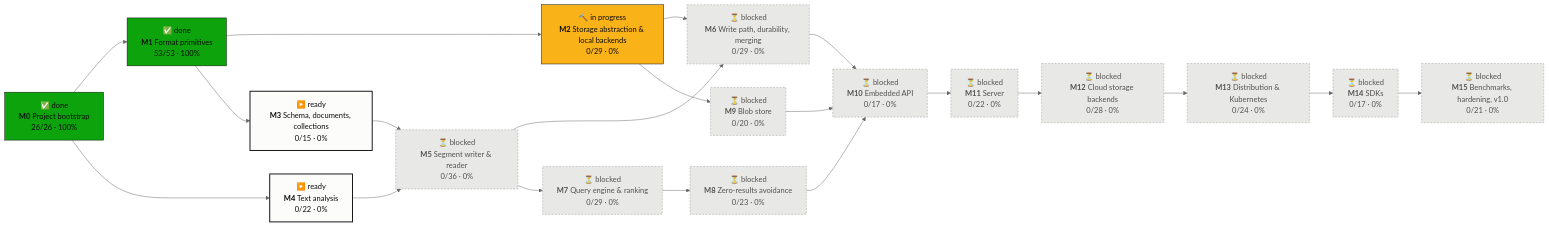
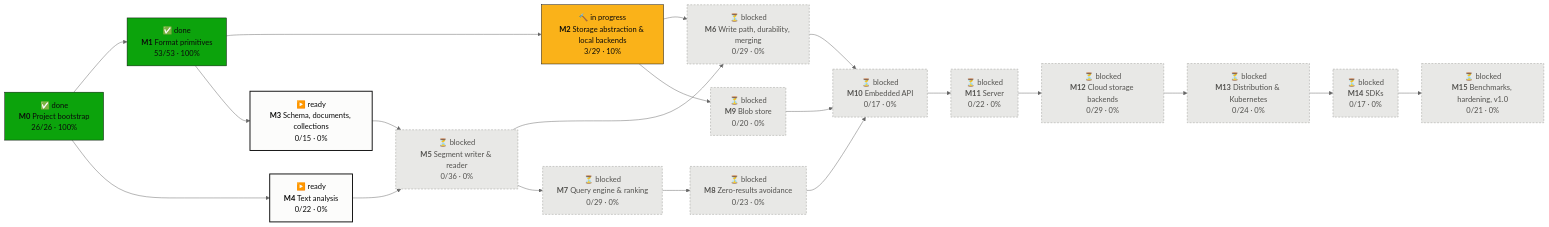
Before and after one commit to tomiok/persiaDB: the first of 2 diagrams in PROGRESS.md, drawn with Mermaid (neutral theme). The commit also changed other lines of this file and 5 other files, not shown here.

First line of the commit message:
fix(storage): resolve every AlreadyExists; unknown commit outcome; tick ROADMAP 2.1

````diff
--- a/PROGRESS.md
+++ b/PROGRESS.md
@@ -14,42 +14,42 @@
 ```mermaid
 flowchart LR
   M0["✅ done<br/><b>M0</b> Project bootstrap<br/>26/26 · 100%"]:::done
   M1["✅ done<br/><b>M1</b> Format primitives<br/>53/53 · 100%"]:::done
-  M2["🔨 in progress<br/><b>M2</b> Storage abstraction & local backends<br/>0/29 · 0%"]:::doing
+  M2["🔨 in progress<br/><b>M2</b> Storage abstraction & local backends<br/>3/29 · 10%"]:::doing
   M3["▶️ ready<br/><b>M3</b> Schema, documents, collections<br/>0/15 · 0%"]:::ready
   M4["▶️ ready<br/><b>M4</b> Text analysis<br/>0/22 · 0%"]:::ready
   M5["⏳ blocked<br/><b>M5</b> Segment writer & reader<br/>0/36 · 0%"]:::blocked
   M6["⏳ blocked<br/><b>M6</b> Write path, durability, merging<br/>0/29 · 0%"]:::blocked
   M7["⏳ blocked<br/><b>M7</b> Query engine & ranking<br/>0/29 · 0%"]:::blocked
   M8["⏳ blocked<br/><b>M8</b> Zero-results avoidance<br/>0/23 · 0%"]:::blocked
   M9["⏳ blocked<br/><b>M9</b> Blob store<br/>0/20 · 0%"]:::blocked
   M10["⏳ blocked<br/><b>M10</b> Embedded API<br/>0/17 · 0%"]:::blocked
   M11["⏳ blocked<br/><b>M11</b> Server<br/>0/22 · 0%"]:::blocked
-  M12["⏳ blocked<br/><b>M12</b> Cloud storage backends<br/>0/28 · 0%"]:::blocked
+  M12["⏳ blocked<br/><b>M12</b> Cloud storage backends<br/>0/29 · 0%"]:::blocked
   M13["⏳ blocked<br/><b>M13</b> Distribution & Kubernetes<br/>0/24 · 0%"]:::blocked
   M14["⏳ blocked<br/><b>M14</b> SDKs<br/>0/17 · 0%"]:::blocked
   M15["⏳ blocked<br/><b>M15</b> Benchmarks, hardening, v1.0<br/>0/21 · 0%"]:::blocked
   M0 --> M1
   M1 --> M2
   M1 --> M3
   M0 --> M4
   M3 --> M5
   M4 --> M5
   M2 --> M6
   M5 --> M6
   M5 --> M7
   M7 --> M8
   M2 --> M9
   M6 --> M10
   M8 --> M10
   M9 --> M10
   M10 --> M11
   M11 --> M12
   M12 --> M13
   M13 --> M14
   M14 --> M15
   classDef done fill:#0ca30c,stroke:#0b0b0b,color:#0b0b0b
   classDef doing fill:#fab219,stroke:#0b0b0b,color:#0b0b0b
   classDef ready fill:#fcfcfb,stroke:#0b0b0b,stroke-width:2px,color:#0b0b0b
   classDef blocked fill:#e8e8e6,stroke:#9a9a96,stroke-dasharray:4 3,color:#52514e
 ```
````
